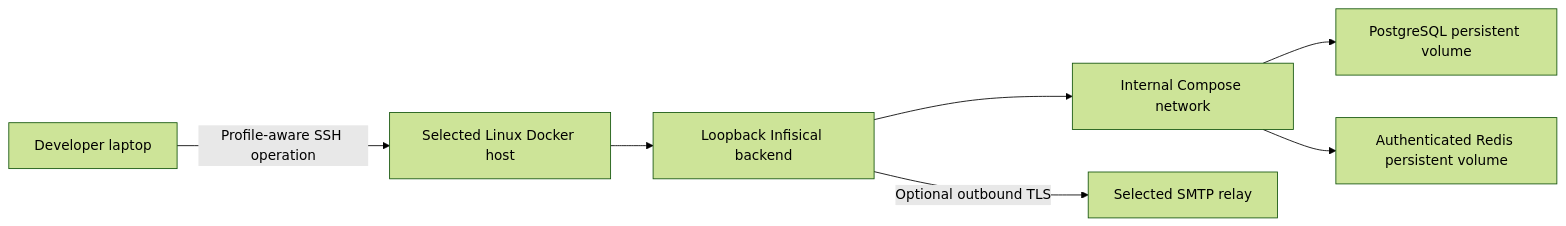
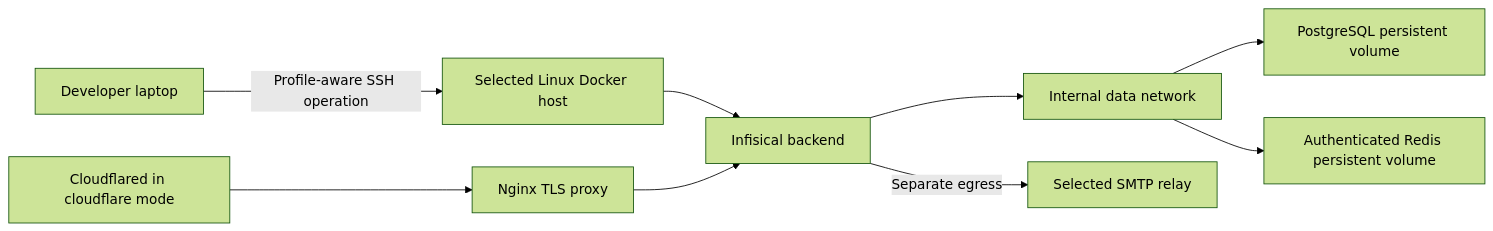
Before and after one commit to starodubtsevconsulting/ai-fleas: the first of 2 diagrams in ai-commands/install/infisical/infisical.command.md, drawn with Mermaid (forest theme). The commit also changed other lines of this file and 8 other files, not shown here.

````diff
--- a/ai-commands/install/infisical/infisical.command.md
+++ b/ai-commands/install/infisical/infisical.command.md
@@ -128,9 +137,11 @@
 ```mermaid
 flowchart LR
   Laptop[Developer laptop] -->|Profile-aware SSH operation| Host[Selected Linux Docker host]
-  Host --> App[Loopback Infisical backend]
-  App --> Private[Internal Compose network]
-  Private --> DB[PostgreSQL persistent volume]
-  Private --> Redis[Authenticated Redis persistent volume]
-  App -->|Optional outbound TLS| SMTP[Selected SMTP relay]
+  Host --> App[Infisical backend]
+  App --> Data[Internal data network]
+  Data --> DB[PostgreSQL persistent volume]
+  Data --> Redis[Authenticated Redis persistent volume]
+  Tunnel[Cloudflared in cloudflare mode] --> Proxy[Nginx TLS proxy]
+  Proxy --> App
+  App -->|Separate egress| SMTP[Selected SMTP relay]
 ```
````
